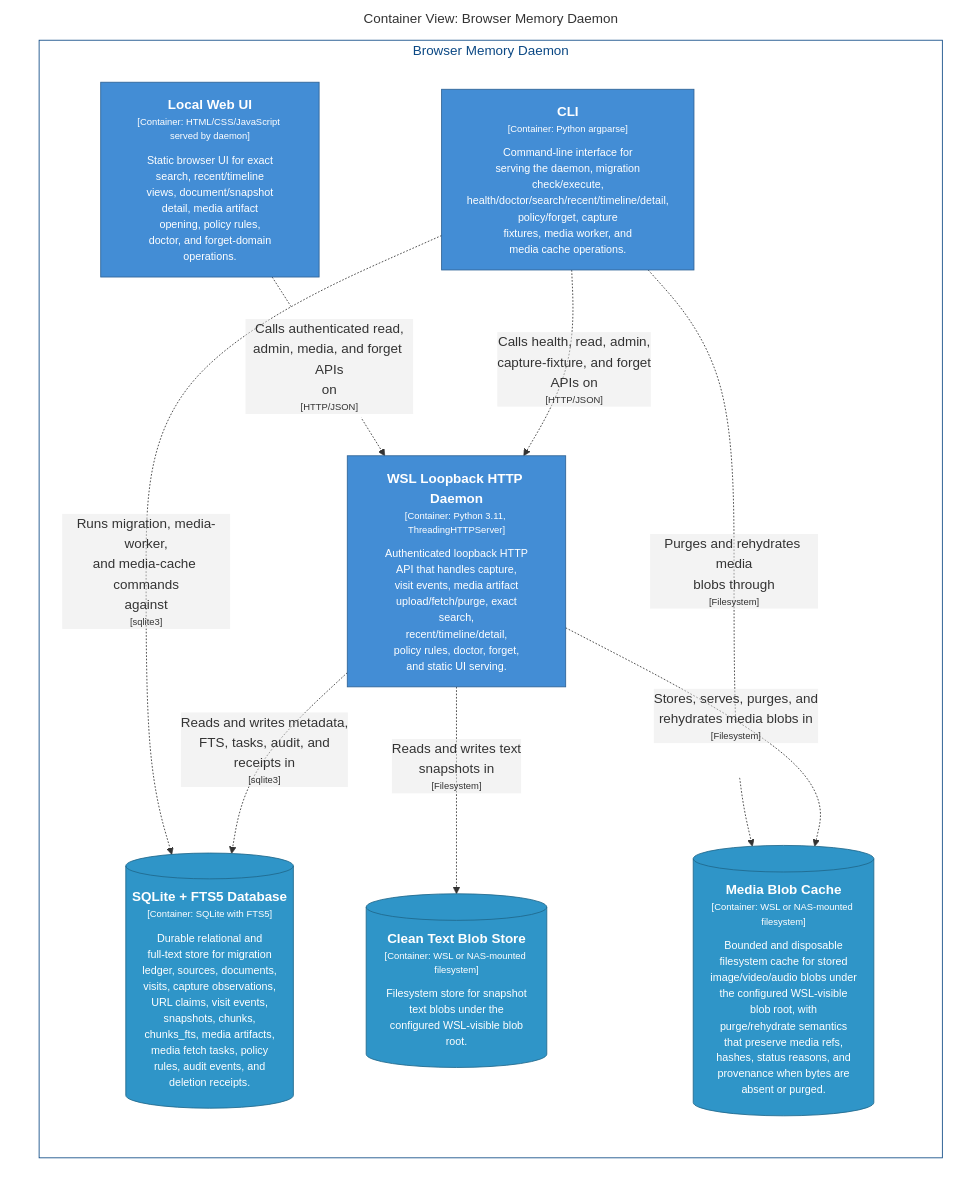
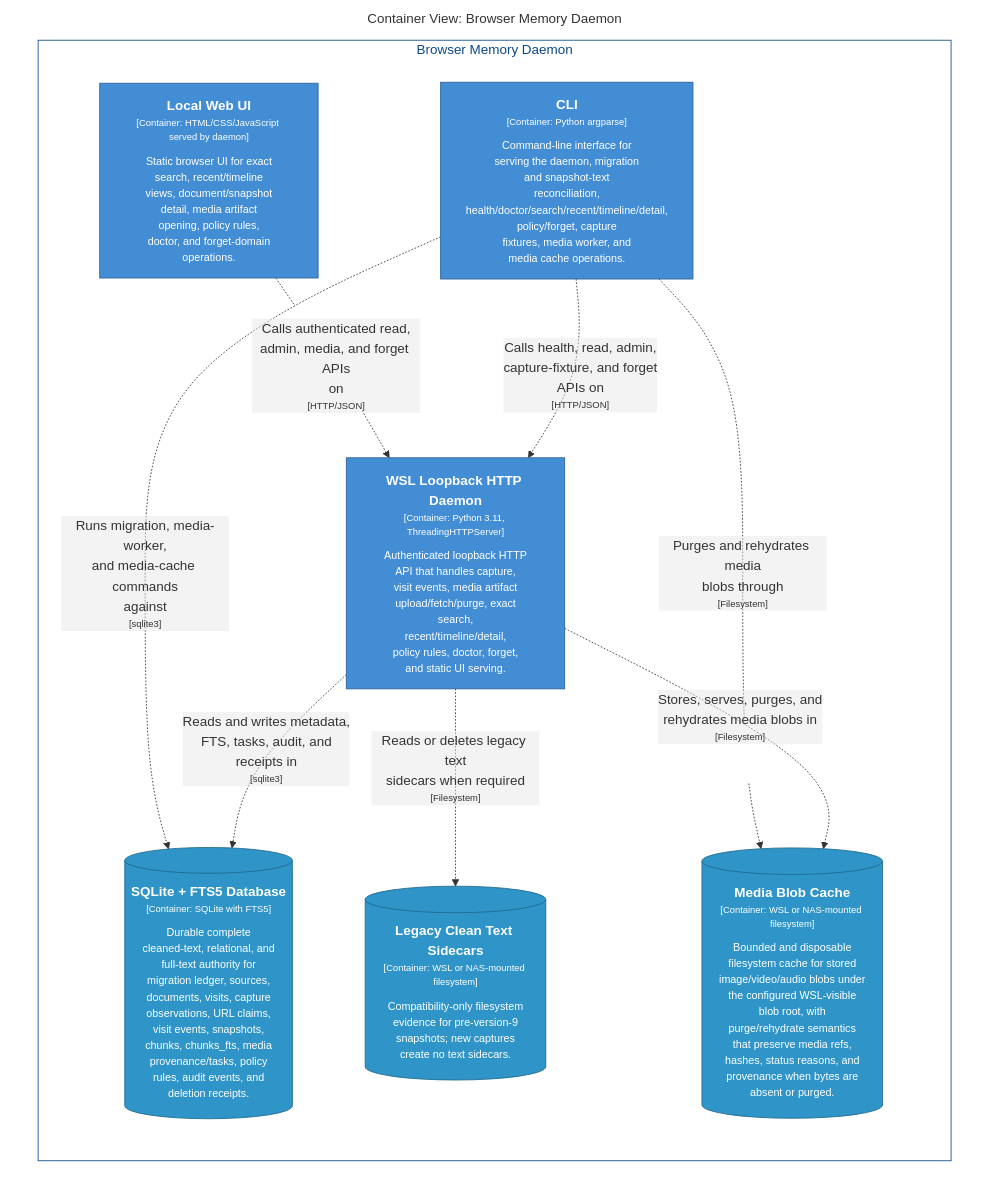
The diagram in docs/architecture/diagrams/markdown/OpsContainers.md (michaelnicks0/browser-memory-daemon), drawn with Mermaid before and after one commit. The commit also changed 196 other files, not shown here.

Commit message:
feat(storage): make SQLite authoritative for snapshot text

````diff
--- a/docs/architecture/diagrams/markdown/OpsContainers.md
+++ b/docs/architecture/diagrams/markdown/OpsContainers.md
@@ -16,34 +16,34 @@
 ```mermaid
 graph LR
   linkStyle default fill:#ffffff
 
   subgraph diagram ["Container View: Browser Memory Daemon"]
     style diagram fill:#ffffff,stroke:#ffffff
 
     subgraph 4 ["Browser Memory Daemon"]
       style 4 fill:#ffffff,stroke:#0b4884,color:#0b4884
 
       14["<div style='font-weight: bold'>WSL Loopback HTTP Daemon</div><div style='font-size: 70%; margin-top: 0px'>[Container: Python 3.11, ThreadingHTTPServer]</div><div style='font-size: 80%; margin-top:10px'>Authenticated loopback HTTP<br />API that handles capture,<br />visit events, media artifact<br />upload/fetch/purge, exact<br />search,<br />recent/timeline/detail,<br />policy rules, doctor, forget,<br />and static UI serving.</div>"]
       style 14 fill:#438dd5,stroke:#2e6295,color:#ffffff
-      26["<div style='font-weight: bold'>Local Web UI</div><div style='font-size: 70%; margin-top: 0px'>[Container: HTML/CSS/JavaScript served by daemon]</div><div style='font-size: 80%; margin-top:10px'>Static browser UI for exact<br />search, recent/timeline<br />views, document/snapshot<br />detail, media artifact<br />opening, policy rules,<br />doctor, and forget-domain<br />operations.</div>"]
-      style 26 fill:#438dd5,stroke:#2e6295,color:#ffffff
-      27["<div style='font-weight: bold'>CLI</div><div style='font-size: 70%; margin-top: 0px'>[Container: Python argparse]</div><div style='font-size: 80%; margin-top:10px'>Command-line interface for<br />serving the daemon, migration<br />check/execute,<br />health/doctor/search/recent/timeline/detail,<br />policy/forget, capture<br />fixtures, media worker, and<br />media cache operations.</div>"]
+      27["<div style='font-weight: bold'>Local Web UI</div><div style='font-size: 70%; margin-top: 0px'>[Container: HTML/CSS/JavaScript served by daemon]</div><div style='font-size: 80%; margin-top:10px'>Static browser UI for exact<br />search, recent/timeline<br />views, document/snapshot<br />detail, media artifact<br />opening, policy rules,<br />doctor, and forget-domain<br />operations.</div>"]
       style 27 fill:#438dd5,stroke:#2e6295,color:#ffffff
-      28[("<div style='font-weight: bold'>SQLite + FTS5 Database</div><div style='font-size: 70%; margin-top: 0px'>[Container: SQLite with FTS5]</div><div style='font-size: 80%; margin-top:10px'>Durable relational and<br />full-text store for migration<br />ledger, sources, documents,<br />visits, capture observations,<br />URL claims, visit events,<br />snapshots, chunks,<br />chunks_fts, media artifacts,<br />media fetch tasks, policy<br />rules, audit events, and<br />deletion receipts.</div>")]
-      style 28 fill:#2f95c8,stroke:#20688c,color:#ffffff
-      29[("<div style='font-weight: bold'>Clean Text Blob Store</div><div style='font-size: 70%; margin-top: 0px'>[Container: WSL or NAS-mounted filesystem]</div><div style='font-size: 80%; margin-top:10px'>Filesystem store for snapshot<br />text blobs under the<br />configured WSL-visible blob<br />root.</div>")]
+      28["<div style='font-weight: bold'>CLI</div><div style='font-size: 70%; margin-top: 0px'>[Container: Python argparse]</div><div style='font-size: 80%; margin-top:10px'>Command-line interface for<br />serving the daemon, migration<br />and snapshot-text<br />reconciliation,<br />health/doctor/search/recent/timeline/detail,<br />policy/forget, capture<br />fixtures, media worker, and<br />media cache operations.</div>"]
+      style 28 fill:#438dd5,stroke:#2e6295,color:#ffffff
+      29[("<div style='font-weight: bold'>SQLite + FTS5 Database</div><div style='font-size: 70%; margin-top: 0px'>[Container: SQLite with FTS5]</div><div style='font-size: 80%; margin-top:10px'>Durable complete<br />cleaned-text, relational, and<br />full-text authority for<br />migration ledger, sources,<br />documents, visits, capture<br />observations, URL claims,<br />visit events, snapshots,<br />chunks, chunks_fts, media<br />provenance/tasks, policy<br />rules, audit events, and<br />deletion receipts.</div>")]
       style 29 fill:#2f95c8,stroke:#20688c,color:#ffffff
-      30[("<div style='font-weight: bold'>Media Blob Cache</div><div style='font-size: 70%; margin-top: 0px'>[Container: WSL or NAS-mounted filesystem]</div><div style='font-size: 80%; margin-top:10px'>Bounded and disposable<br />filesystem cache for stored<br />image/video/audio blobs under<br />the configured WSL-visible<br />blob root, with<br />purge/rehydrate semantics<br />that preserve media refs,<br />hashes, status reasons, and<br />provenance when bytes are<br />absent or purged.</div>")]
+      30[("<div style='font-weight: bold'>Legacy Clean Text Sidecars</div><div style='font-size: 70%; margin-top: 0px'>[Container: WSL or NAS-mounted filesystem]</div><div style='font-size: 80%; margin-top:10px'>Compatibility-only filesystem<br />evidence for pre-version-9<br />snapshots; new captures<br />create no text sidecars.</div>")]
       style 30 fill:#2f95c8,stroke:#20688c,color:#ffffff
+      31[("<div style='font-weight: bold'>Media Blob Cache</div><div style='font-size: 70%; margin-top: 0px'>[Container: WSL or NAS-mounted filesystem]</div><div style='font-size: 80%; margin-top:10px'>Bounded and disposable<br />filesystem cache for stored<br />image/video/audio blobs under<br />the configured WSL-visible<br />blob root, with<br />purge/rehydrate semantics<br />that preserve media refs,<br />hashes, status reasons, and<br />provenance when bytes are<br />absent or purged.</div>")]
+      style 31 fill:#2f95c8,stroke:#20688c,color:#ffffff
     end
 
-    26-. "<div>Calls authenticated read,<br />admin, media, and forget APIs<br />on</div><div style='font-size: 70%'>[HTTP/JSON]</div>" .->14
-    27-. "<div>Calls health, read, admin,<br />capture-fixture, and forget<br />APIs on</div><div style='font-size: 70%'>[HTTP/JSON]</div>" .->14
-    27-. "<div>Runs migration, media-worker,<br />and media-cache commands<br />against</div><div style='font-size: 70%'>[sqlite3]</div>" .->28
-    27-. "<div>Purges and rehydrates media<br />blobs through</div><div style='font-size: 70%'>[Filesystem]</div>" .->30
-    14-. "<div>Reads and writes metadata,<br />FTS, tasks, audit, and<br />receipts in</div><div style='font-size: 70%'>[sqlite3]</div>" .->28
-    14-. "<div>Reads and writes text<br />snapshots in</div><div style='font-size: 70%'>[Filesystem]</div>" .->29
-    14-. "<div>Stores, serves, purges, and<br />rehydrates media blobs in</div><div style='font-size: 70%'>[Filesystem]</div>" .->30
+    27-. "<div>Calls authenticated read,<br />admin, media, and forget APIs<br />on</div><div style='font-size: 70%'>[HTTP/JSON]</div>" .->14
+    28-. "<div>Calls health, read, admin,<br />capture-fixture, and forget<br />APIs on</div><div style='font-size: 70%'>[HTTP/JSON]</div>" .->14
+    28-. "<div>Runs migration, media-worker,<br />and media-cache commands<br />against</div><div style='font-size: 70%'>[sqlite3]</div>" .->29
+    28-. "<div>Purges and rehydrates media<br />blobs through</div><div style='font-size: 70%'>[Filesystem]</div>" .->31
+    14-. "<div>Reads and writes metadata,<br />FTS, tasks, audit, and<br />receipts in</div><div style='font-size: 70%'>[sqlite3]</div>" .->29
+    14-. "<div>Reads or deletes legacy text<br />sidecars when required</div><div style='font-size: 70%'>[Filesystem]</div>" .->30
+    14-. "<div>Stores, serves, purges, and<br />rehydrates media blobs in</div><div style='font-size: 70%'>[Filesystem]</div>" .->31
 
   end
 ```
````
